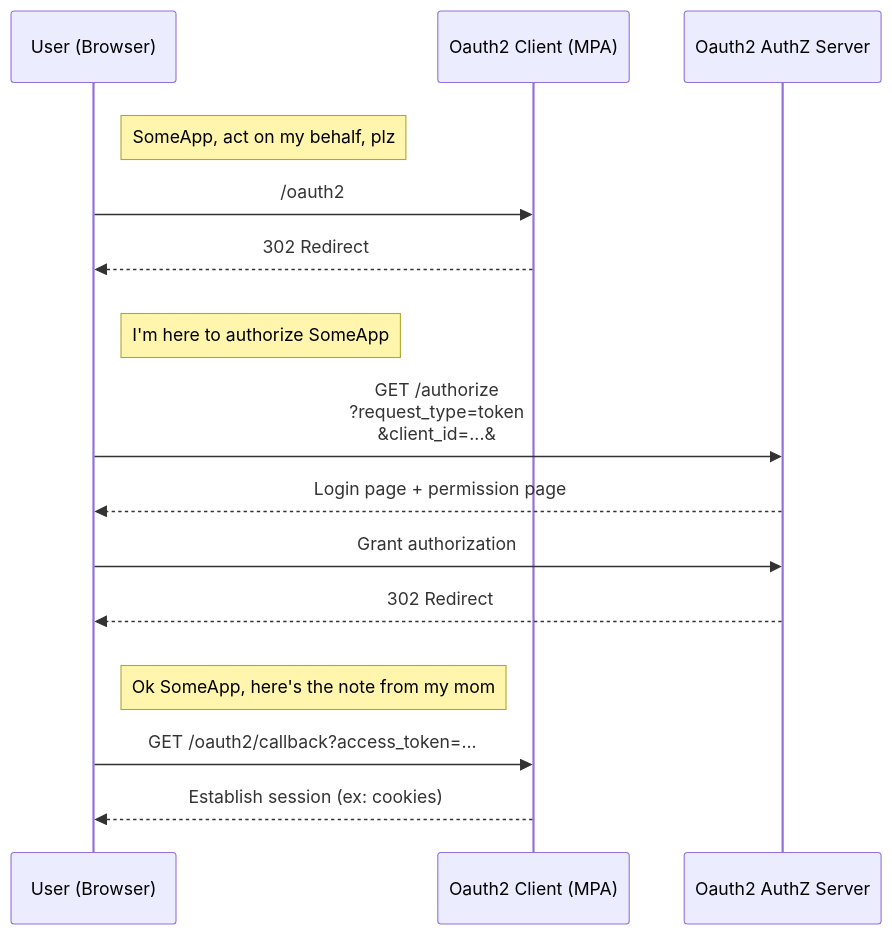
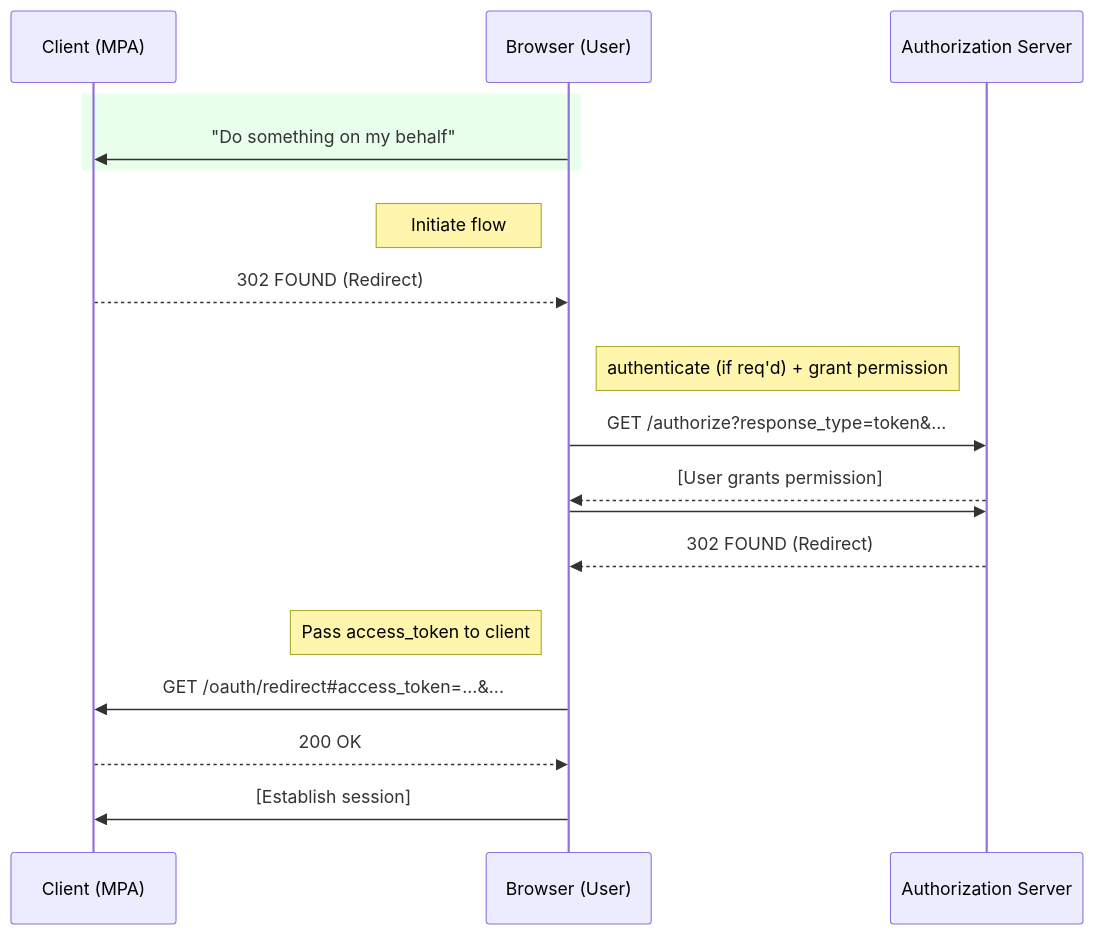
One commit to andrewrosss/oauth2-flows changed the diagram in implicit.md. Above: the diagram before and after it, drawn with Mermaid.

Commit message:
Update implicit flow diagram

````diff
--- a/implicit.md
+++ b/implicit.md
@@ -3,30 +3,65 @@
 ```mermaid
+%% Oauth2 goal: get client an access_token (+ maybe refresh_token + maybe id_token)
+
 sequenceDiagram
-  %% client = server-rendered app? user-to-client arrows are _actual_ requests
-  %% client = SPA? user-to-client arrows are more like button clicks/js reading state
-  participant user as User (Browser)
-  participant client as Oauth2 Client (MPA)
-  participant oauth as Oauth2 AuthZ Server
+  participant client as Client (MPA)
+  participant browser as Browser (User) ## User-Agent + Resource Owner + Web-Hosted Client Resource
+  participant authserver as Authorization Server
 
-  rect rgba(255, 255, 255, 0.1)
-    note right of user: SomeApp, act on my behalf, plz
-    %% TODO: Show how provider is selected?
-    %% TODO: Show request params
-    user ->> client: /oauth2
-    client -->> user: 302 Redirect
+  rect rgb(140, 255, 160, 0.2)
+    %% the user takes some action that requires the
+    %% client to act on their behalf, and thus needing
+    %% to get an access_token.
+    browser ->> client: "Do something on my behalf"
   end
 
-  rect rgba(255, 255, 255, 0.1)
-    note right of user: I'm here to authorize SomeApp
-    user ->> oauth: GET /authorize<br>?request_type=token<br>&client_id=...&
-    oauth -->> user: Login page + permission page
-    user ->> oauth: Grant authorization
-    oauth -->> user: 302 Redirect
+  rect rgba(255, 255, 255, 0.2)
+    note left of browser: Initiate flow
+    %% client constructs the authorization server URI
+    %% and redirects the user-agent to that URI
+    %% /authorize
+    %%   ?response_type=token
+    %%   &client_id=...         identifies the client app to the auth server
+    %%   &redirect_uri=...      the registered location to redirect the client app to after the grant decision
+    %%   &scope=...             the scopes/permissions the client app is requesting
+    %%   &state=...             arbitrary state that the auth server will propagate back to the redirect_uri
+    client -->> browser: 302 FOUND (Redirect)
   end
 
-  rect rgba(255, 255, 255, 0.1)
-    note right of user: Ok SomeApp, here's the note from my mom
-    user ->> client: GET /oauth2/callback?access_token=...
-    client -->> user: Establish session (ex: cookies)
+  rect rgba(255, 255, 255, 0.2)
+    note right of browser: authenticate (if req'd) + grant permission
+
+    %% user-agent makes the request to the authorization server
+    browser ->> authserver: GET /authorize?response_type=token&...
+
+    %% user decides whether to grant requested permissions
+    authserver -->> browser: [User grants permission]
+    browser ->> authserver: ;
+
+    %% upon a decision, the auth server redirects to redirect_uri,
+    %% with the access_token (and friends) in the url FRAGMENT
+    %% /oauth/redirect
+    %%   #access_token=...
+    %%   &token_type=...
+    %%   &expires_in=...
+    %%   &state=...
+    authserver -->> browser: 302 FOUND (Redirect)
+  end
+
+
+  rect rgba(255, 255, 255, 0.2)
+    note left of browser: Pass access_token to client
+
+    %% user-agent makes the request to the client (MPA)
+    %% IMPORTANT: access_token is NOT sent to the client (MPA)
+    %%            because it's in the fragment
+    browser ->> client: GET /oauth/redirect#35;access_token=...&...
+
+    %% client responds with html + js
+    client -->> browser: 200 OK
+
+    %% browser-side js reads the access_token and sends it
+    %% to the client to initiate a "session" for the access_token
+    browser ->> client: [Establish session]
   end
 ```
````
